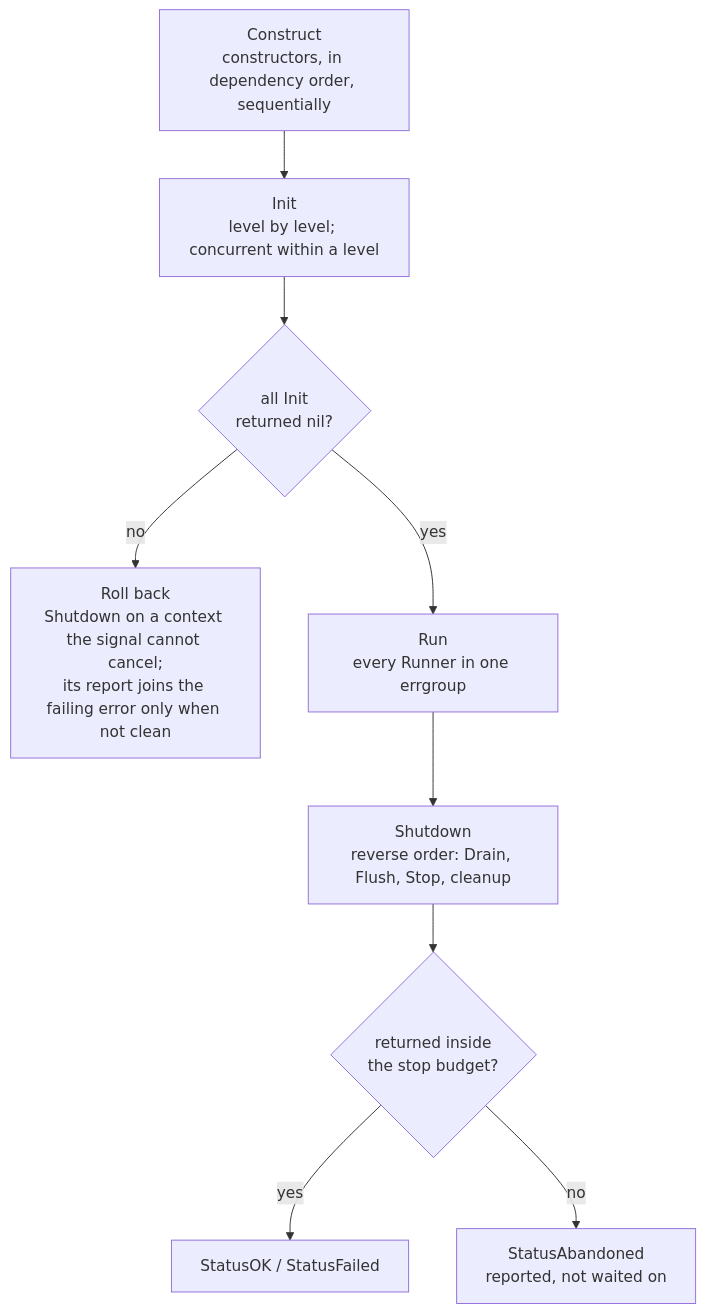
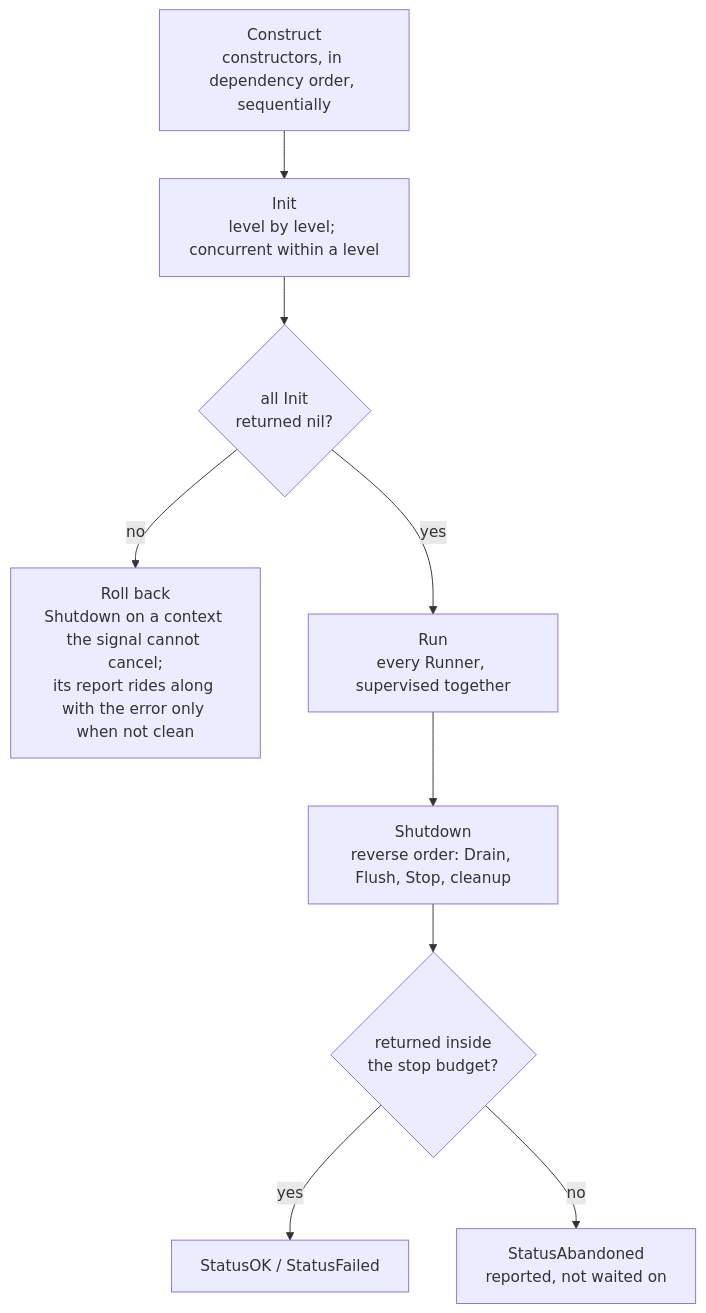
The diagram in docs/reference/lifecycle.md (okian/servo), drawn with Mermaid before and after one commit. The commit also changed other lines of this file and 322 other files, not shown here.

````diff
--- a/docs/reference/lifecycle.md
+++ b/docs/reference/lifecycle.md
@@ -53,18 +53,18 @@
 ```mermaid
 flowchart TD
     C["Construct<br/>constructors, in dependency order, sequentially"]
     I["Init<br/>level by level; concurrent within a level"]
     OK{"all Init<br/>returned nil?"}
-    RB["Roll back<br/>Shutdown on a context the signal cannot cancel;<br/>its report joins the failing error only when not clean"]
-    RUN["Run<br/>every Runner in one errgroup"]
+    RB["Roll back<br/>Shutdown on a context the signal cannot cancel;<br/>its report rides along with the error only when not clean"]
+    RUN["Run<br/>every Runner, supervised together"]
     S["Shutdown<br/>reverse order: Drain, Flush, Stop, cleanup"]
     B{"returned inside<br/>the stop budget?"}
     DONE["StatusOK / StatusFailed"]
     AB["StatusAbandoned<br/>reported, not waited on"]
 
     C --> I --> OK
     OK -- no --> RB
     OK -- yes --> RUN --> S --> B
     B -- yes --> DONE
     B -- no --> AB
 ```
````
